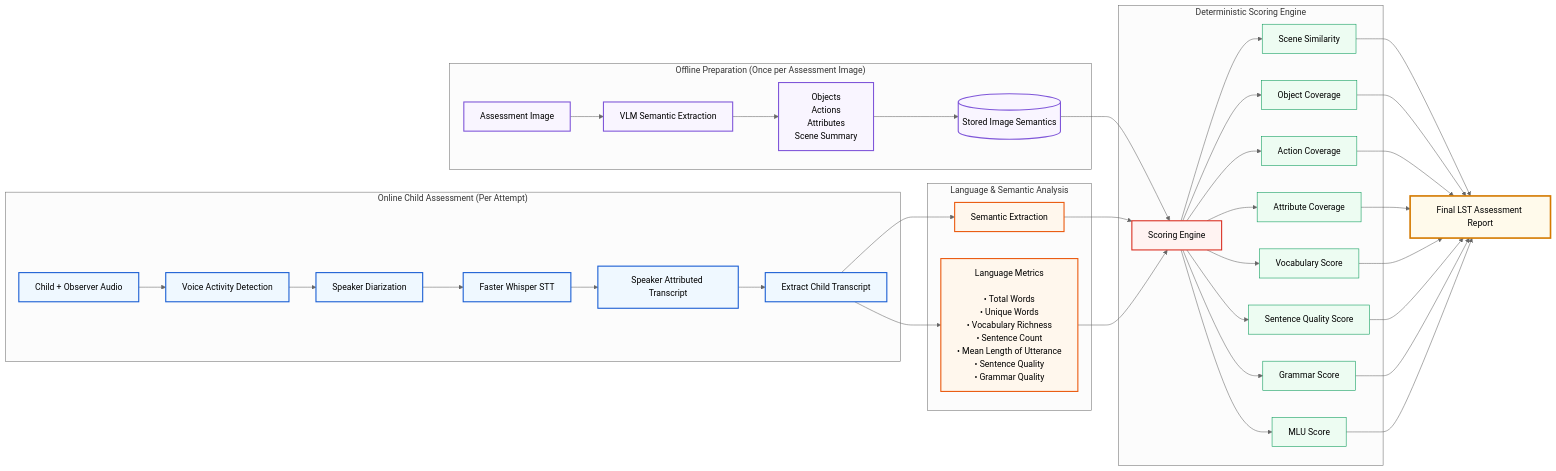
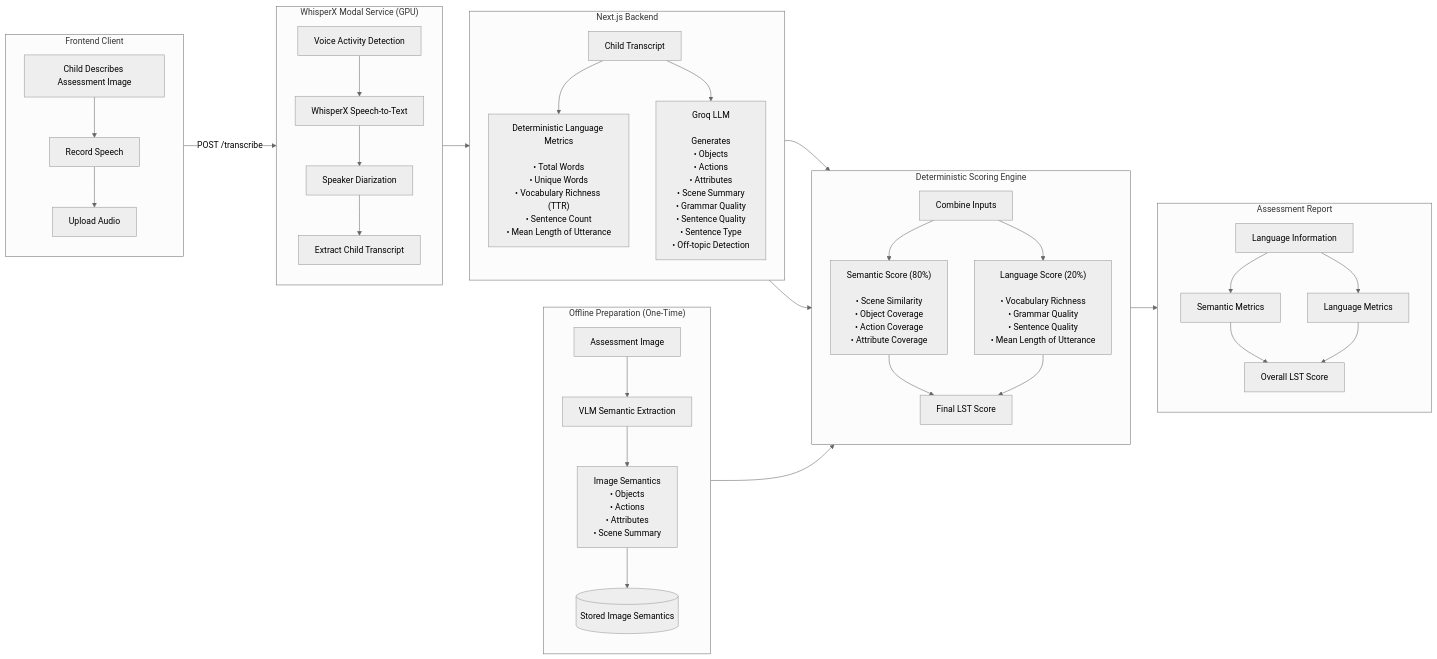
Before and after one commit to maniadav/lst_microservice: the diagram in LST.md, drawn with Mermaid (neutral theme). The commit also changed other lines of this file and 2 other files, not shown here.

Commit message:
refactor: clean up schemas, update modal dependencies, and strip LST documentation

````diff
--- a/LST.md
+++ b/LST.md
@@ -101,111 +4,132 @@
 ```mermaid
-
 flowchart LR
 
-    %% Styles
-    classDef offline fill:#f9f5ff,stroke:#7f56d9,stroke-width:2px;
-    classDef audio fill:#eff8ff,stroke:#175cd3,stroke-width:2px;
-    classDef analysis fill:#fff7ed,stroke:#ea580c,stroke-width:2px;
-    classDef engine fill:#fff3f2,stroke:#d92d20,stroke-width:2px;
-    classDef metric fill:#edfcf2,stroke:#039855,stroke-width:1px;
-    classDef report fill:#fffaeb,stroke:#d47a00,stroke-width:3px;
+%% ===============================
+%% Offline Preparation
+%% ===============================
 
-    %% Offline Processing
-    subgraph Offline_Preparation["Offline Preparation (Once per Assessment Image)"]
+subgraph OFFLINE["Offline Preparation (One-Time)"]
+direction TB
 
-        A[Assessment Image]
-        --> B[VLM Semantic Extraction]
+A[Assessment Image]
+B[VLM Semantic Extraction]
+C["Image Semantics<br/>• Objects<br/>• Actions<br/>• Attributes<br/>• Scene Summary"]
+D[(Stored Image Semantics)]
 
-        B --> C[
-        Objects
-        Actions
-        Attributes
-        Scene Summary
-        ]
+A --> B --> C --> D
 
-        C --> D[(Stored Image Semantics)]
+end
 
-    end
+%% ===============================
+%% Frontend
+%% ===============================
 
-    %% Online Assessment
-    subgraph Online_Assessment["Online Child Assessment (Per Attempt)"]
+subgraph CLIENT["Frontend Client"]
 
-        E[Child + Observer Audio]
+direction TB
 
-        --> F[Voice Activity Detection]
+E[Child Describes Assessment Image]
+F[Record Speech]
+G[Upload Audio]
 
-        --> G[Speaker Diarization]
+E --> F --> G
 
-        --> H[Faster Whisper STT]
+end
 
-        --> I[Speaker Attributed Transcript]
+%% ===============================
+%% WhisperX Modal Service
+%% ===============================
 
-        --> J[Extract Child Transcript]
+subgraph MODAL["WhisperX Modal Service (GPU)"]
 
-    end
+direction TB
 
-    %% Analysis
-    subgraph Analysis["Language & Semantic Analysis"]
+H[Voice Activity Detection]
+I[WhisperX Speech-to-Text]
+J[Speaker Diarization]
+K[Extract Child Transcript]
 
-        J --> K[Semantic Extraction]
+H --> I --> J --> K
 
-        J --> L[
-        Language Metrics
+end
 
-        • Total Words
-        • Unique Words
-        • Vocabulary Richness
-        • Sentence Count
-        • Mean Length of Utterance
-        • Sentence Quality
-        • Grammar Quality
-        ]
+%% ===============================
+%% Backend
+%% ===============================
 
-    end
+subgraph BACKEND["Next.js Backend"]
 
-    %% Scoring
-    subgraph Scoring["Deterministic Scoring Engine"]
+direction TB
 
-        D --> M[Scoring Engine]
+L[Child Transcript]
 
-        K --> M
+M["Deterministic Language Metrics<br/><br/>• Total Words<br/>• Unique Words<br/>• Vocabulary Richness (TTR)<br/>• Sentence Count<br/>• Mean Length of Utterance"]
 
-        L --> M
+N["Groq LLM<br/><br/>Generates<br/>• Objects<br/>• Actions<br/>• Attributes<br/>• Scene Summary<br/>• Grammar Quality<br/>• Sentence Quality<br/>• Sentence Type<br/>• Off-topic Detection"]
 
-        M --> N[Scene Similarity]
+L --> M
+L --> N
 
-        M --> O[Object Coverage]
+end
 
-        M --> P[Action Coverage]
+%% ===============================
+%% Scoring Engine
+%% ===============================
 
-        M --> Q[Attribute Coverage]
+subgraph SCORE["Deterministic Scoring Engine"]
 
-        M --> R[Vocabulary Score]
+direction TB
 
-        M --> S[Sentence Quality Score]
+O[Combine Inputs]
 
-        M --> T[Grammar Score]
+P["Semantic Score (80%)<br/><br/>• Scene Similarity<br/>• Object Coverage<br/>• Action Coverage<br/>• Attribute Coverage"]
 
-        M --> U[MLU Score]
+Q["Language Score (20%)<br/><br/>• Vocabulary Richness<br/>• Grammar Quality<br/>• Sentence Quality<br/>• Mean Length of Utterance"]
 
-    end
+R["Final LST Score"]
 
-    N --> V[Final LST Assessment Report]
-    O --> V
-    P --> V
-    Q --> V
-    R --> V
-    S --> V
-    T --> V
-    U --> V
+O --> P
+O --> Q
 
-    %% Styling
+P --> R
+Q --> R
 
-    class A,B,C,D offline;
-    class E,F,G,H,I,J audio;
-    class K,L analysis;
-    class M engine;
-    class N,O,P,Q,R,S,T,U metric;
-    class V report;
+end
 
+%% ===============================
+%% Report
+%% ===============================
+
+subgraph REPORT["Assessment Report"]
+
+direction TB
+
+S["Language Information"]
+
+T["Semantic Metrics"]
+
+U["Language Metrics"]
+
+V["Overall LST Score"]
+
+S --> T
+S --> U
+T --> V
+U --> V
+
+end
+
+%% ===============================
+%% Connections
+%% ===============================
+
+G -->|POST /transcribe| H
+
+K --> L
+
+D --> O
+M --> O
+N --> O
+
+R --> S
 ```
````
